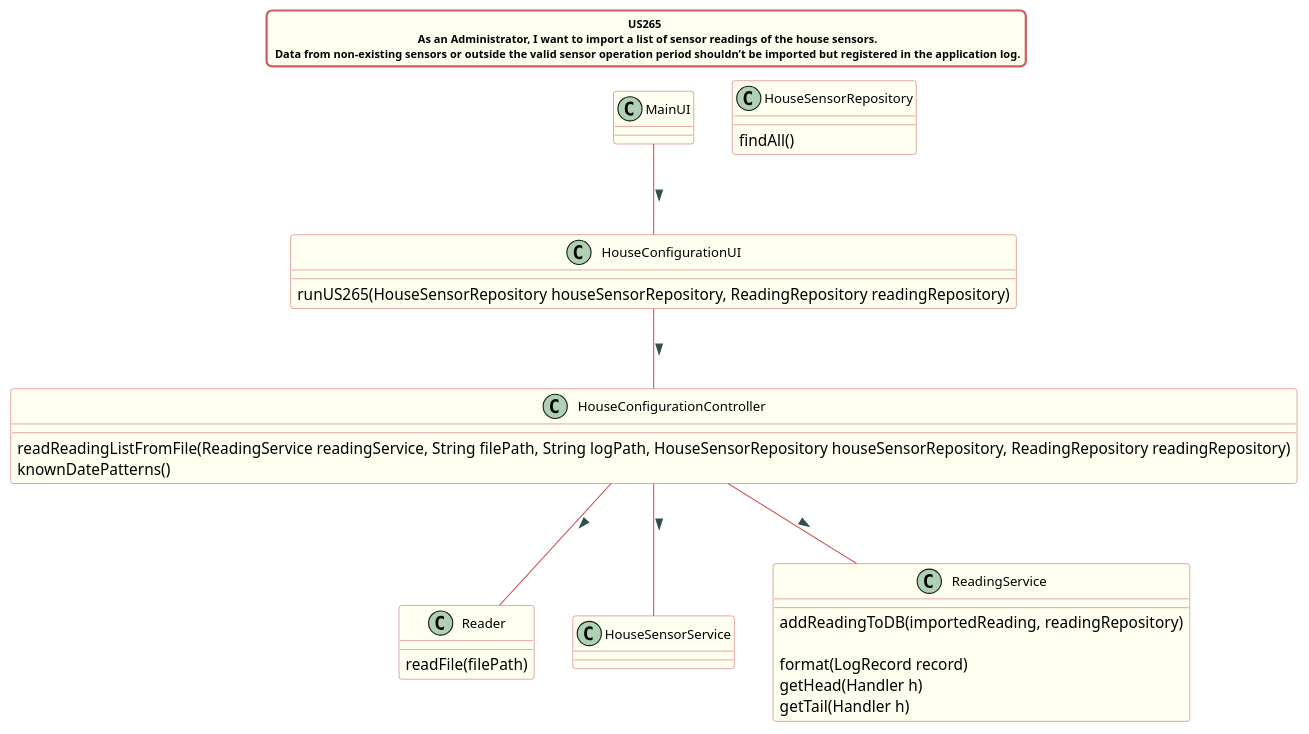
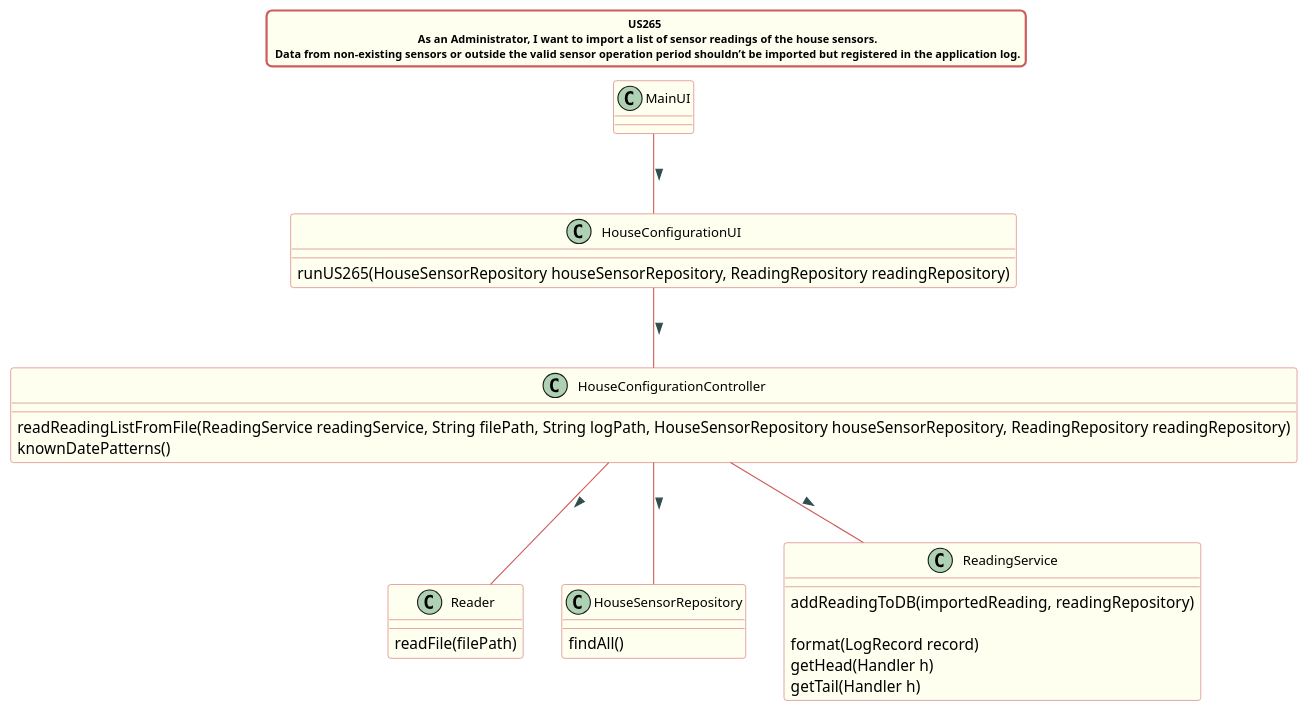
One commit to Almadanmp/project changed the diagram in src/doc/Controllers/HouseConfiguration/US265/US265_cd_HouseConfiguration.puml. Above: the diagram before and after it, drawn with PlantUML.

Commit message:
REF #205 REF #234 Updated Class Diagram

```diff
--- a/src/doc/Controllers/HouseConfiguration/US265/US265_cd_HouseConfiguration.puml
+++ b/src/doc/Controllers/HouseConfiguration/US265/US265_cd_HouseConfiguration.puml
@@ -1,57 +1,57 @@
 @startuml
 title US265 \n  As an Administrator, I want to import a list of sensor readings of the house sensors. \n Data from non-existing sensors or outside the valid sensor operation period shouldn’t be imported but registered in the application log.
 
 skinparam titleBorderRoundCorner 10
 skinparam titleBorderThickness 2
 skinparam titleBorderColor indianred
 skinparam titleBackgroundColor ivory
 skinparam FontName verdana
 skinparam titleFontSize 10
 
 
 skinparam class {
  	BorderColor indianred
  	BackgroundColor indianred
  	BackgroundColor ivory
     roundcorner 10
     ArrowFontName Verdana
     ArrowColor indianred
     ArrowFontColor darkslategrey
     FontSize 12
  }
 
 
 MainUI -- HouseConfigurationUI : >
 
 HouseConfigurationUI -- HouseConfigurationController : >
 HouseConfigurationController -- Reader : >
-HouseConfigurationController -- HouseSensorService : >
+HouseConfigurationController -- HouseSensorRepository : >
 HouseConfigurationController -- ReadingService : >
 
 class HouseConfigurationUI{
 
 runUS265(HouseSensorRepository houseSensorRepository, ReadingRepository readingRepository)
 }
 
 class HouseConfigurationController{
 readReadingListFromFile(ReadingService readingService, String filePath, String logPath, HouseSensorRepository houseSensorRepository, ReadingRepository readingRepository)
 knownDatePatterns()
 }
 
 class Reader{
 readFile(filePath)
 }
 
 class HouseSensorRepository{
 findAll()
 }
 
 class ReadingService{
 addReadingToDB(importedReading, readingRepository)
 
 format(LogRecord record)
 getHead(Handler h)
 getTail(Handler h)
 }
 
 @enduml
```
